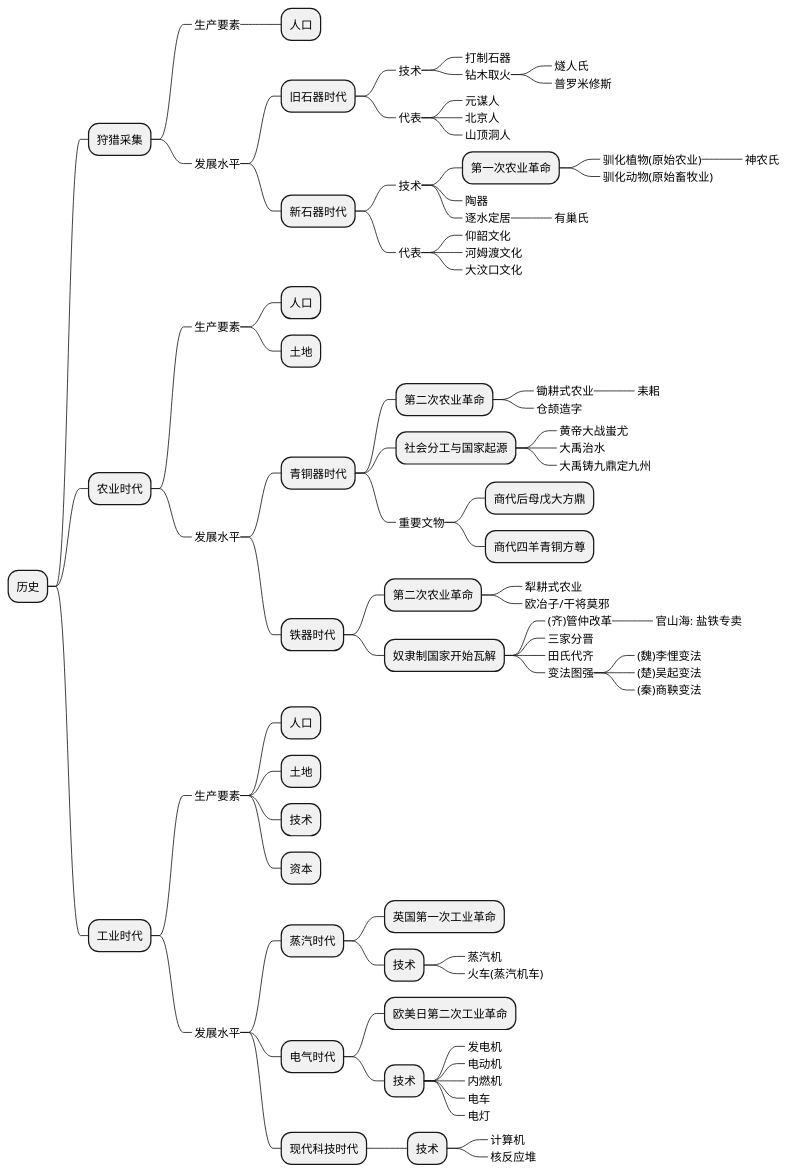
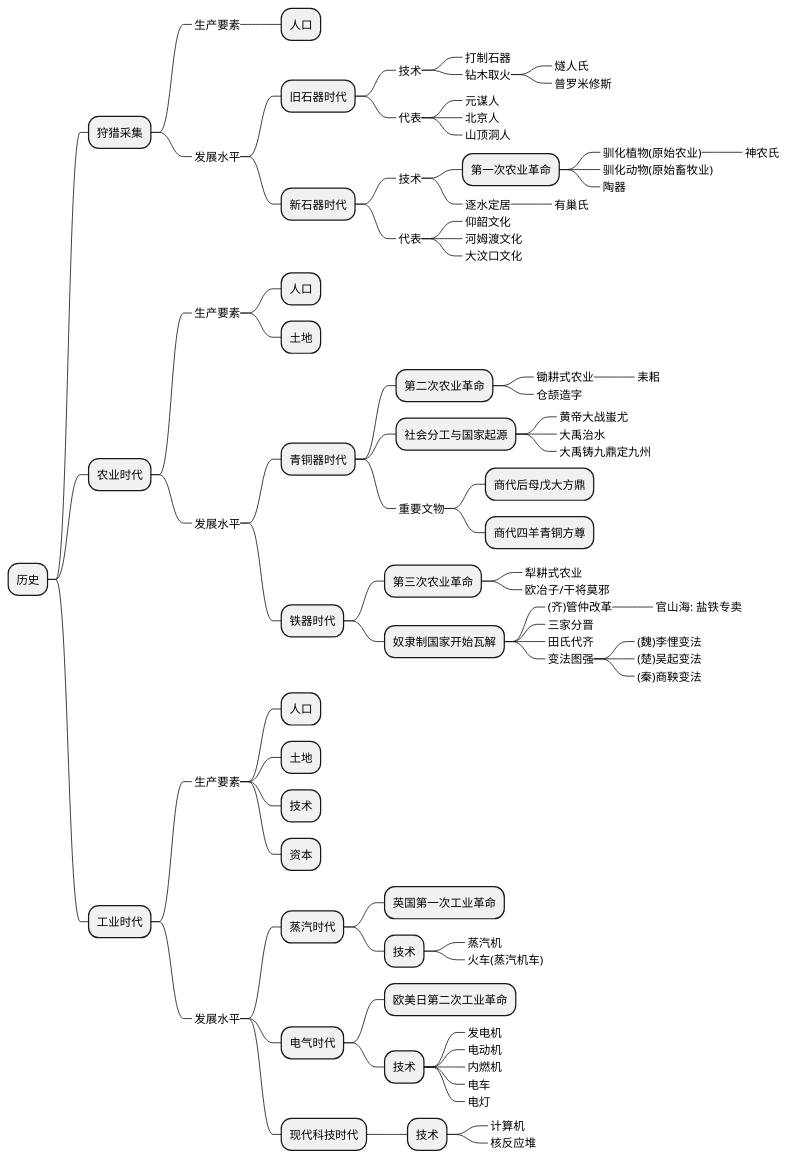
The diagram in source/_posts/economic/economic_and_history.md (holmofy/blog.hufeifei.cn), drawn with PlantUML before and after one commit.

```diff
--- a/source/_posts/economic/economic_and_history.md
+++ b/source/_posts/economic/economic_and_history.md
@@ -36,7 +36,7 @@
 +++++++_ 驯化植物(原始农业)
 ++++++++_ 神农氏
 +++++++_ 驯化动物(原始畜牧业)
-++++++_ 陶器
++++++++_ 陶器
 ++++++_ 逐水定居
 +++++++_ 有巢氏
 +++++_ 代表
@@ -61,7 +61,7 @@
 ++++++ 商代后母戊大方鼎
 ++++++ 商代四羊青铜方尊
 ++++ 铁器时代
-+++++ 第二次农业革命
++++++ 第三次农业革命
 ++++++_ 犁耕式农业
 ++++++_ 欧冶子/干将莫邪
 +++++ 奴隶制国家开始瓦解
```
